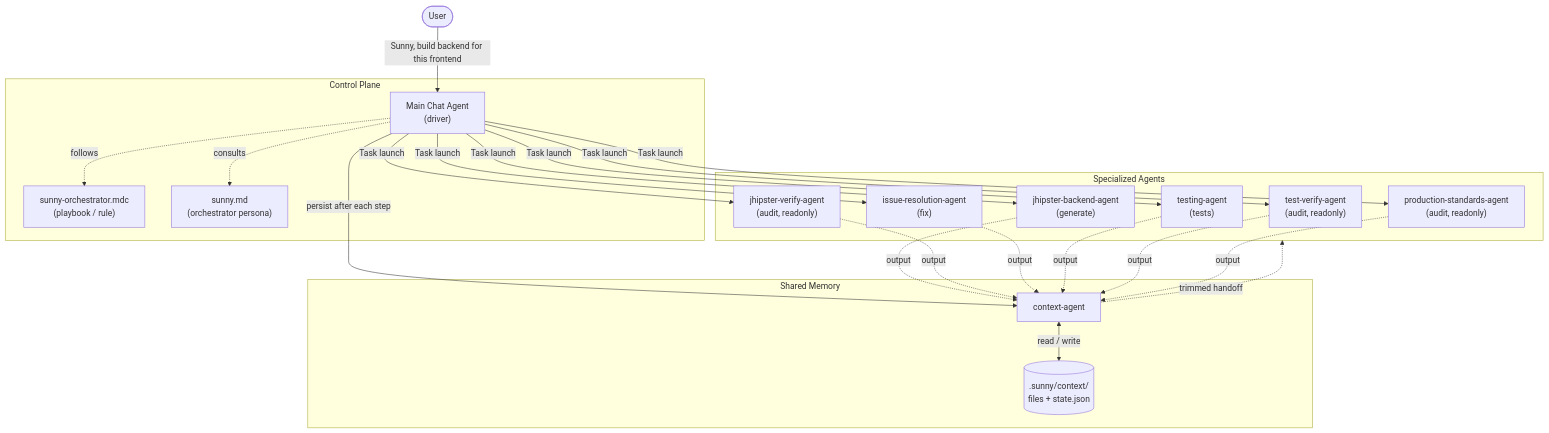
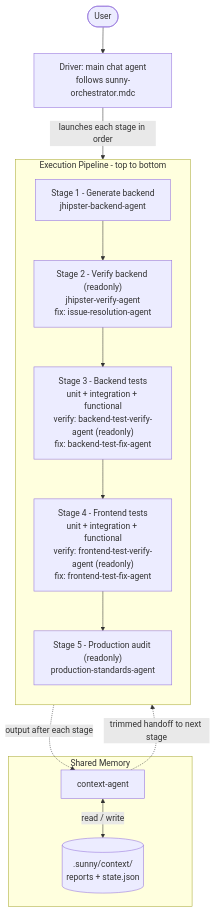
One commit to priyam-qo-box/agents changed the first of 8 diagrams in .cursor/agents/ARCHITECTURE.md. Above: the diagram before and after it, drawn with Mermaid. The commit also changed other lines of this file and 18 other files, not shown here.

First line of the commit message:
Add README and agent documentation for Sunny multi-agent system

````diff
--- a/.cursor/agents/ARCHITECTURE.md
+++ b/.cursor/agents/ARCHITECTURE.md
@@ -13,43 +13,25 @@
 ```mermaid
 flowchart TB
-    User([User]) -->|"Sunny, build backend for this frontend"| Driver
+    User([User]) --> Driver["Driver: main chat agent<br/>follows sunny-orchestrator.mdc"]
 
-    subgraph control [Control Plane]
-        Driver["Main Chat Agent<br/>(driver)"]
-        Playbook["sunny-orchestrator.mdc<br/>(playbook / rule)"]
-        SunnyAgent["sunny.md<br/>(orchestrator persona)"]
-        Driver -.follows.-> Playbook
-        Driver -.consults.-> SunnyAgent
+    subgraph pipeline [Execution Pipeline - top to bottom]
+        direction TB
+        S1["Stage 1 - Generate backend<br/>jhipster-backend-agent"]
+        S2["Stage 2 - Verify backend (readonly)<br/>jhipster-verify-agent<br/>fix: issue-resolution-agent"]
+        S3["Stage 3 - Backend tests<br/>unit + integration + functional<br/>verify: backend-test-verify-agent (readonly)<br/>fix: backend-test-fix-agent"]
+        S4["Stage 4 - Frontend tests<br/>unit + integration + functional<br/>verify: frontend-test-verify-agent (readonly)<br/>fix: frontend-test-fix-agent"]
+        S5["Stage 5 - Production audit (readonly)<br/>production-standards-agent"]
+        S1 --> S2 --> S3 --> S4 --> S5
     end
+
+    Driver -->|launches each stage in order| pipeline
 
     subgraph memory [Shared Memory]
         Ctx["context-agent"]
-        Store[(".sunny/context/<br/>files + state.json")]
+        Store[(".sunny/context/<br/>reports + state.json")]
         Ctx <-->|read / write| Store
     end
 
-    subgraph workers [Specialized Agents]
-        BE["jhipster-backend-agent<br/>(generate)"]
-        VER["jhipster-verify-agent<br/>(audit, readonly)"]
-        FIX["issue-resolution-agent<br/>(fix)"]
-        TEST["testing-agent<br/>(tests)"]
-        TVER["test-verify-agent<br/>(audit, readonly)"]
-        PROD["production-standards-agent<br/>(audit, readonly)"]
-    end
-
-    Driver -->|Task launch| BE
-    Driver -->|Task launch| VER
-    Driver -->|Task launch| FIX
-    Driver -->|Task launch| TEST
-    Driver -->|Task launch| TVER
-    Driver -->|Task launch| PROD
-    Driver -->|persist after each step| Ctx
-
-    BE -.output.-> Ctx
-    VER -.output.-> Ctx
-    FIX -.output.-> Ctx
-    TEST -.output.-> Ctx
-    TVER -.output.-> Ctx
-    PROD -.output.-> Ctx
-    Ctx -.trimmed handoff.-> workers
+    pipeline -.output after each stage.-> Ctx
+    Ctx -.trimmed handoff to next stage.-> pipeline
 ```
````
